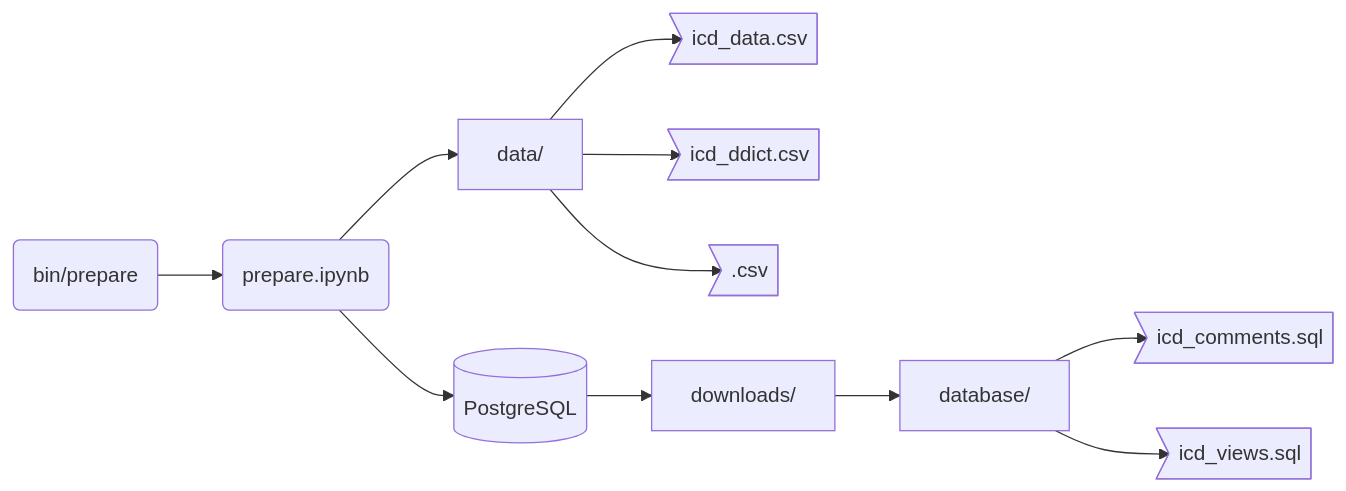
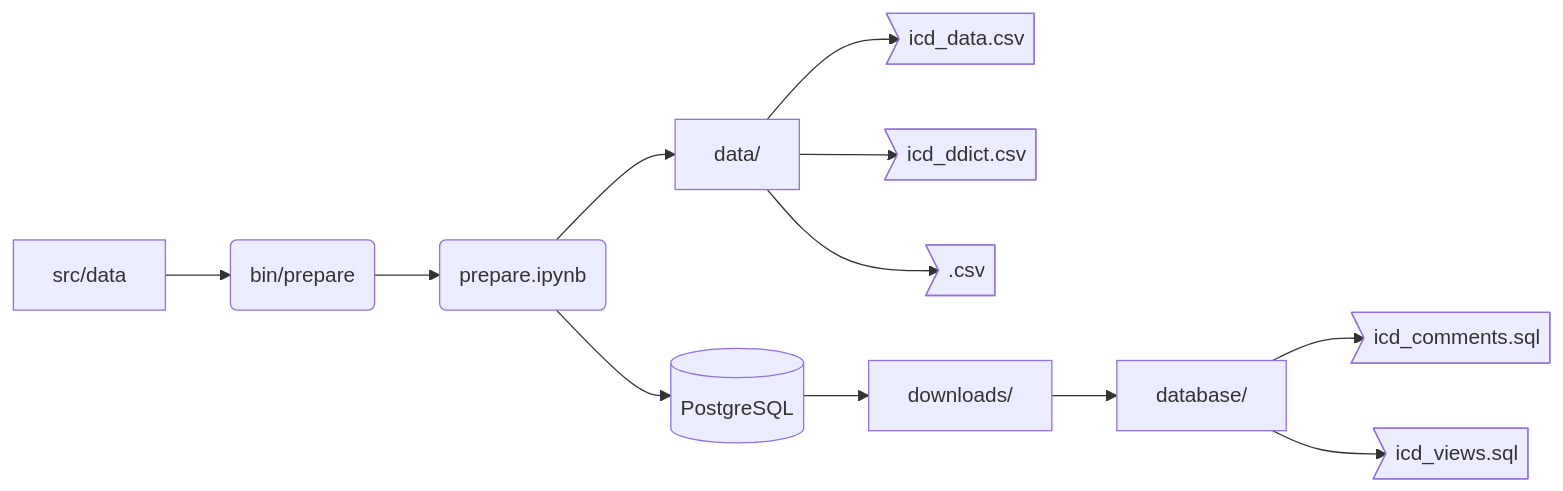
The second of 2 diagrams in DEVELOPER.md (cghr-toronto/icd), drawn with Mermaid before and after one commit.

Commit message:
Update dev notes

````diff
--- a/DEVELOPER.md
+++ b/DEVELOPER.md
@@ -68,7 +68,8 @@
 ```mermaid
 flowchart LR;
+src/data --> A;
 A(bin/prepare) --> B(prepare.ipynb);
 B --> data/ --> B1>icd_data.csv] & B2>icd_ddict.csv] & B3>.csv];
 B --> E[(PostgreSQL)] --> downloads/ --> database/;
 database/ --> D1>icd_comments.sql] & D2>icd_views.sql];
 ```
````
